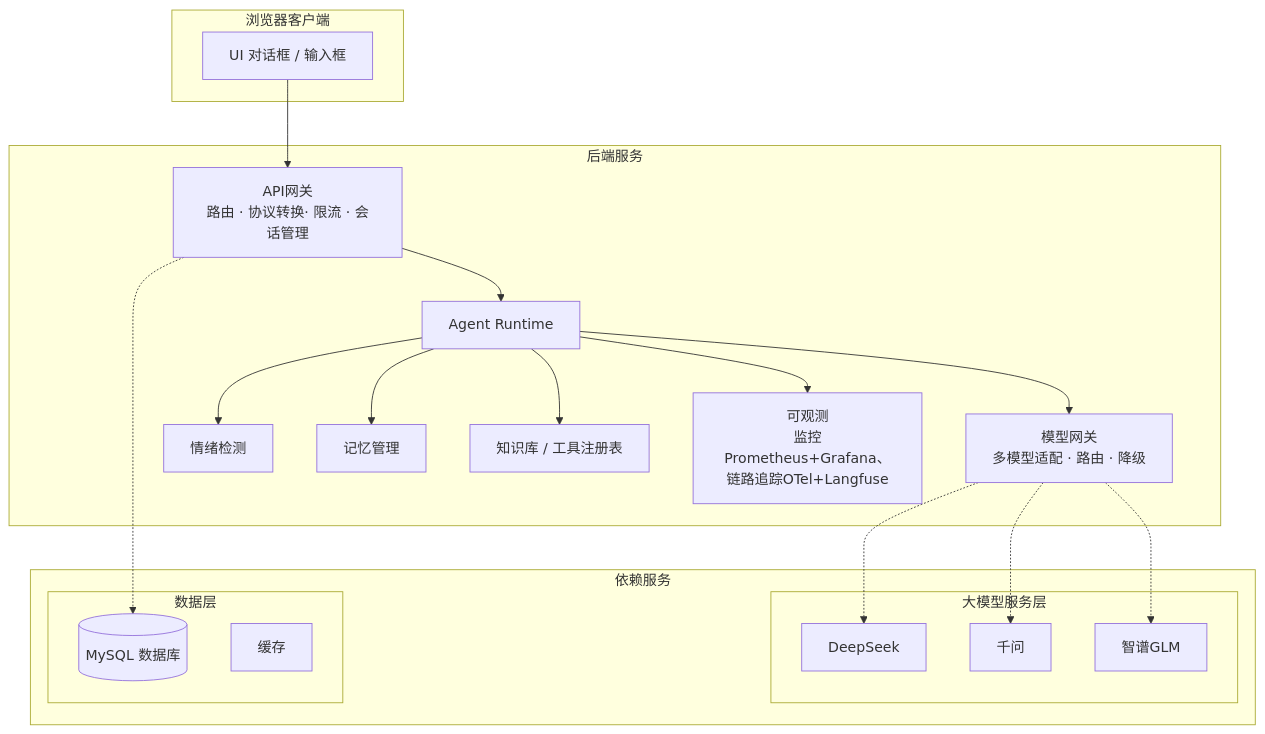
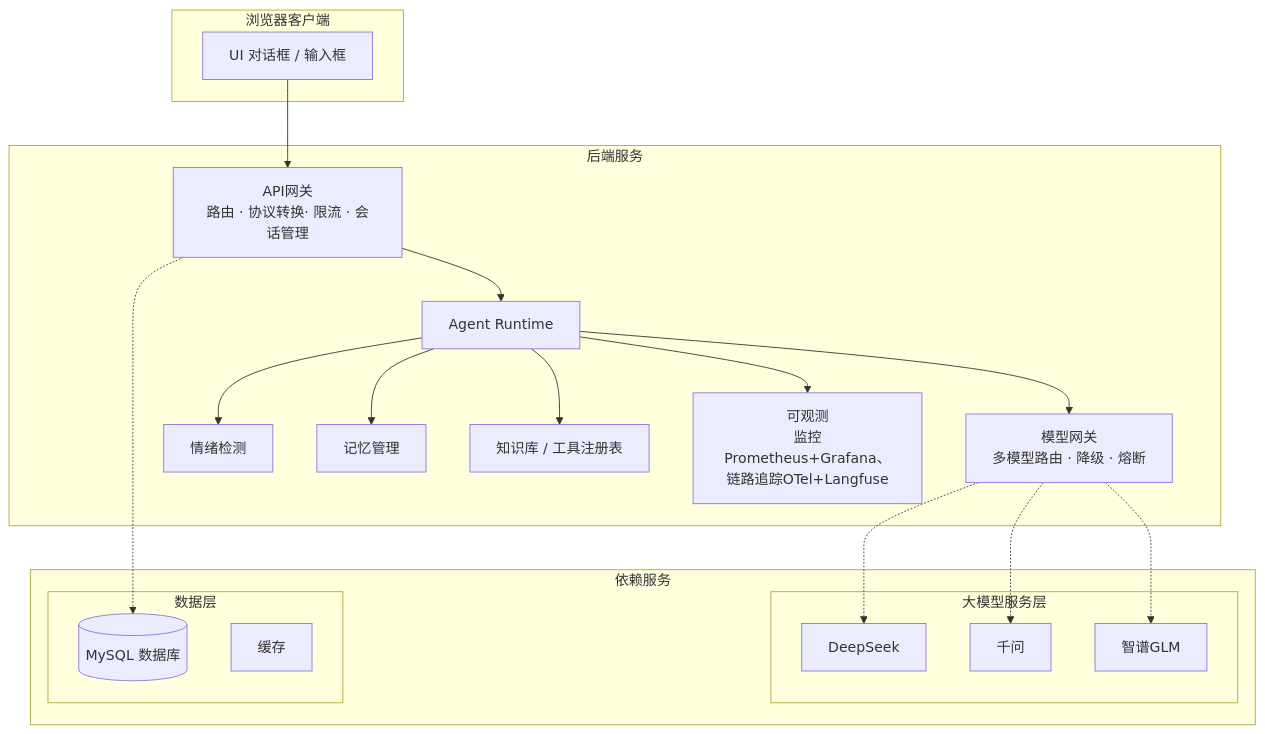
One commit to qjm134-source/taohuawu changed the first of 4 diagrams in README.md. Above: the diagram before and after it, drawn with Mermaid. The commit also changed 2 other files, not shown here.

Commit message:
feat(llm): ensureAgent 所有策略请求前检查 primary 熔断并切换

````diff
--- a/README.md
+++ b/README.md
@@ -74,42 +74,42 @@
 ```mermaid
 graph TB
     subgraph Client["浏览器客户端"]
         A[UI 对话框 / 输入框]
     end
 
     subgraph Backend["后端服务"]
         D[API网关<br/>路由 · 协议转换· 限流 · 会话管理]
         E[Agent Runtime]
-        F[模型网关<br/>多模型适配 · 路由 · 降级]
+        F[模型网关<br/>多模型路由 · 降级 · 熔断]
         G[情绪检测]
         H[记忆管理]
         I[知识库 / 工具注册表]
         J[可观测<br/>监控Prometheus+Grafana、链路追踪OTel+Langfuse]
     end
 
     subgraph 依赖服务["依赖服务"]
         subgraph LLM["大模型服务层"]
             M[DeepSeek]
             N[千问]
             O[智谱GLM]
         end
 
         subgraph 数据层["数据层"]
             K[(MySQL 数据库)]
             P[缓存]
         end
     end
 
     A --> D
     D --> E
     E --> F
     E --> G
     E --> H
     E --> I
     E --> J
 
     F -.-> M
     F -.-> N
     F -.-> O
     D -.-> K
 ```
````
